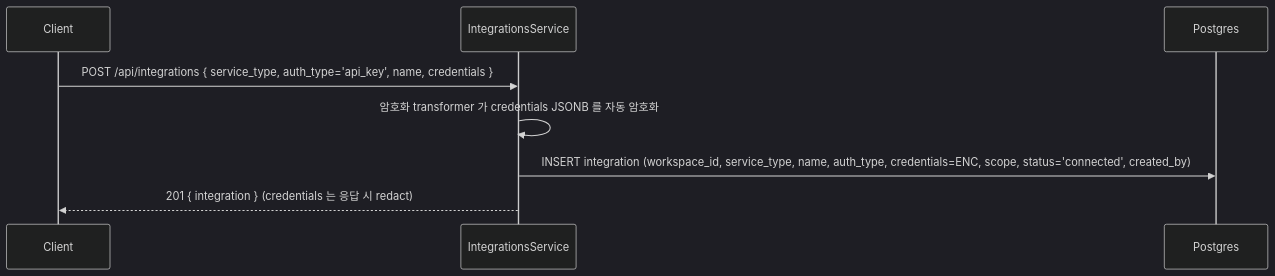
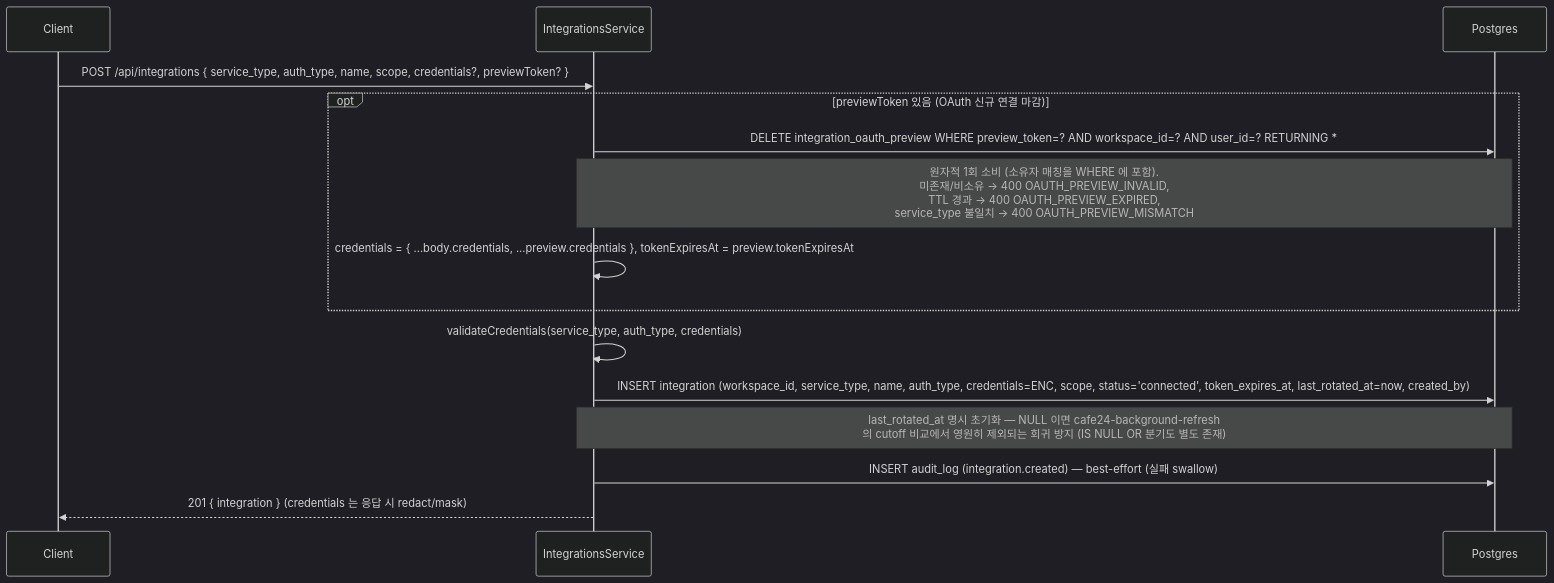
Before and after one commit to worker-ants/clemvion: the first of 7 diagrams in spec/data-flow/5-integration.md, drawn with Mermaid (dark theme). The commit also changed other lines of this file and 89 other files, not shown here.

First line of the commit message:
docs(spec): spec↔code 전수 상호 감사 — 역방향 커버리지 + drift 동기화 + data-flow 재구성 (위반 19건 보고) (#516)

````diff
--- a/spec/data-flow/5-integration.md
+++ b/spec/data-flow/5-integration.md
@@ -28,10 +36,17 @@
 ```mermaid
 sequenceDiagram
   participant C as Client
   participant Svc as IntegrationsService
   participant PG as Postgres
-  C->>Svc: POST /api/integrations { service_type, auth_type='api_key', name, credentials }
-  Svc->>Svc: 암호화 transformer 가 credentials JSONB 를 자동 암호화
-  Svc->>PG: INSERT integration (workspace_id, service_type, name, auth_type, credentials=ENC, scope, status='connected', created_by)
-  Svc-->>C: 201 { integration } (credentials 는 응답 시 redact)
+  C->>Svc: POST /api/integrations { service_type, auth_type, name, scope, credentials?, previewToken? }
+  opt previewToken 있음 (OAuth 신규 연결 마감)
+    Svc->>PG: DELETE integration_oauth_preview WHERE preview_token=? AND workspace_id=? AND user_id=? RETURNING *
+    Note over Svc,PG: 원자적 1회 소비 (소유자 매칭을 WHERE 에 포함).<br/>미존재/비소유 → 400 OAUTH_PREVIEW_INVALID,<br/>TTL 경과 → 400 OAUTH_PREVIEW_EXPIRED,<br/>service_type 불일치 → 400 OAUTH_PREVIEW_MISMATCH
+    Svc->>Svc: credentials = { ...body.credentials, ...preview.credentials }, tokenExpiresAt = preview.tokenExpiresAt
+  end
+  Svc->>Svc: validateCredentials(service_type, auth_type, credentials)
+  Svc->>PG: INSERT integration (workspace_id, service_type, name, auth_type, credentials=ENC, scope, status='connected', token_expires_at, last_rotated_at=now, created_by)
+  Note over Svc,PG: last_rotated_at 명시 초기화 — NULL 이면 cafe24-background-refresh<br/>의 cutoff 비교에서 영원히 제외되는 회귀 방지 (IS NULL OR 분기도 별도 존재)
+  Svc->>PG: INSERT audit_log (integration.created) — best-effort (실패 swallow)
+  Svc-->>C: 201 { integration } (credentials 는 응답 시 redact/mask)
 ```
````
